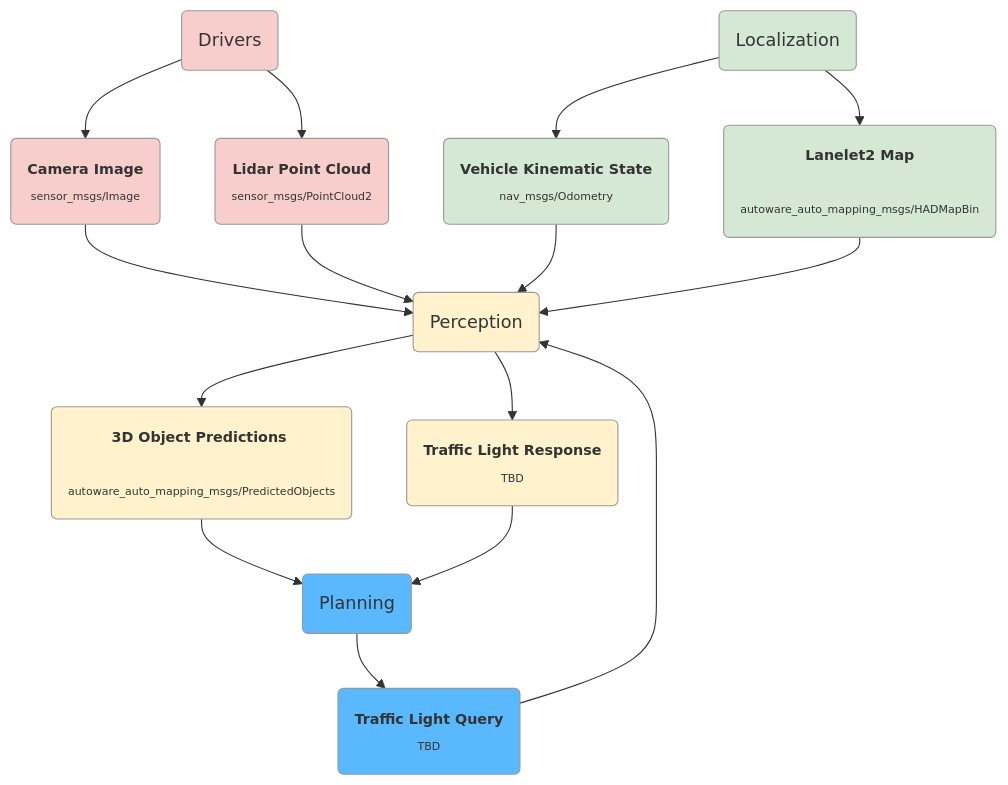
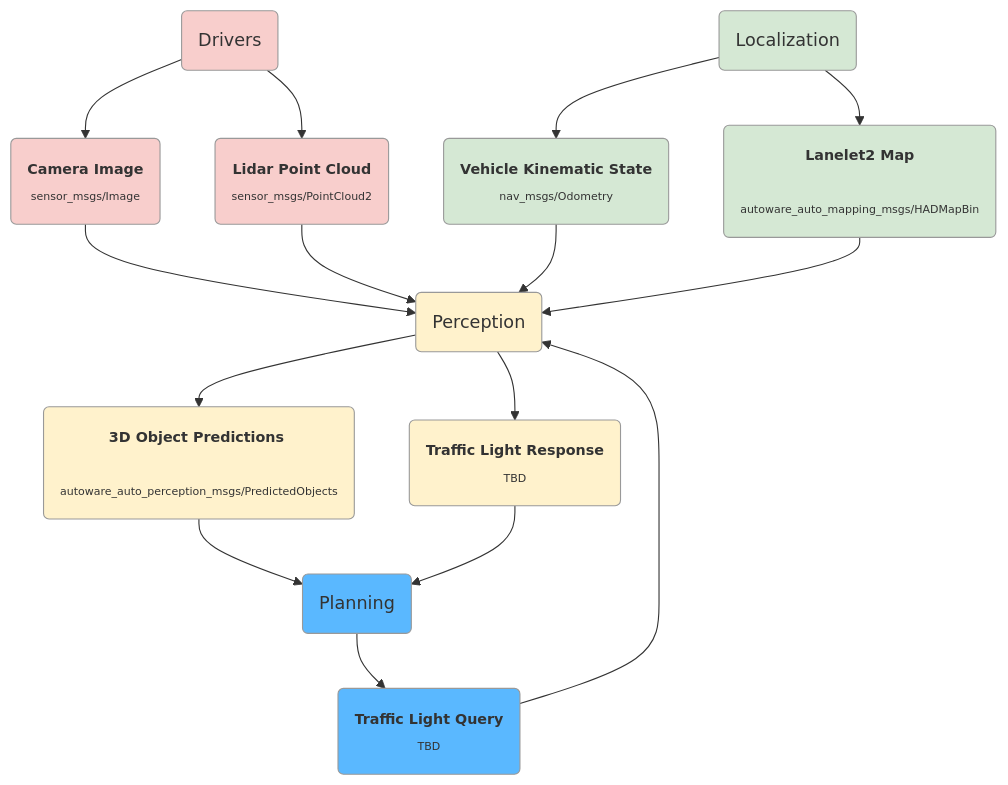
Before and after one commit to autowarefoundation/autoware-documentation: the diagram in docs/design/autoware-interfaces/components/perception-interface.md, drawn with Mermaid.

````diff
--- a/docs/design/autoware-interfaces/components/perception-interface.md
+++ b/docs/design/autoware-interfaces/components/perception-interface.md
@@ -3,43 +3,43 @@
 ```mermaid
 graph TD
     cmp_drv("Drivers"):::cls_drv
     cmp_loc("Localization"):::cls_loc
     cmp_per("Perception"):::cls_per
     cmp_plan("Planning"):::cls_plan
 
     msg_img("<font size=2><b>Camera Image</b></font size>
     <font size=1>sensor_msgs/Image</font size>"):::cls_drv
 
     msg_ldr("<font size=2><b>Lidar Point Cloud</b></font size>
     <font size=1>sensor_msgs/PointCloud2</font size>"):::cls_drv
 
     msg_lanenet("<font size=2><b>Lanelet2 Map</b></font size>
     <font size=1>autoware_auto_mapping_msgs/HADMapBin</font size>"):::cls_loc
     
     msg_vks("<font size=2><b>Vehicle Kinematic State</b></font size>
     <font size=1>nav_msgs/Odometry</font size>"):::cls_loc
 
     msg_obj("<font size=2><b>3D Object Predictions </b></font size>
-    <font size=1>autoware_auto_mapping_msgs/PredictedObjects</font size>"):::cls_per
+    <font size=1>autoware_auto_perception_msgs/PredictedObjects</font size>"):::cls_per
     
     msg_tl("<font size=2><b>Traffic Light Response </b></font size>
     <font size=1>TBD</font size>"):::cls_per
 
     msg_tq("<font size=2><b>Traffic Light Query </b></font size>
     <font size=1>TBD</font size>"):::cls_plan
     
 
     cmp_drv --> msg_img --> cmp_per
     cmp_drv --> msg_ldr --> cmp_per
     cmp_per --> msg_obj --> cmp_plan
     cmp_per --> msg_tl --> cmp_plan
     cmp_plan --> msg_tq -->cmp_per
 
     cmp_loc --> msg_vks --> cmp_per
     cmp_loc --> msg_lanenet --> cmp_per
 
 classDef cls_drv fill:#F8CECC,stroke:#999,stroke-width:1px;
 classDef cls_loc fill:#D5E8D4,stroke:#999,stroke-width:1px;
 classDef cls_per fill:#FFF2CC,stroke:#999,stroke-width:1px;
 classDef cls_plan fill:#5AB8FF,stroke:#999,stroke-width:1px;
 ```
````
